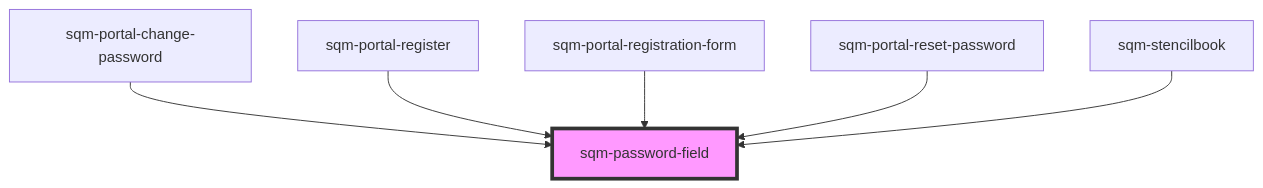
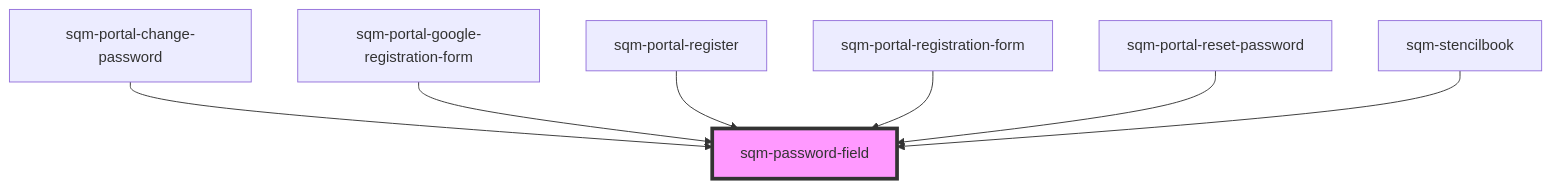
Before and after one commit to saasquatch/program-tools: the diagram in packages/mint-components/src/components/sqm-password-field/readme.md, drawn with Mermaid. The commit also changed other lines of this file and 15 other files, not shown here.

Commit message:
reuse main registration form code for google sign in flow

````diff
--- a/packages/mint-components/src/components/sqm-password-field/readme.md
+++ b/packages/mint-components/src/components/sqm-password-field/readme.md
@@ -34,9 +35,10 @@
 ```mermaid
 graph TD;
   sqm-portal-change-password --> sqm-password-field
+  sqm-portal-google-registration-form --> sqm-password-field
   sqm-portal-register --> sqm-password-field
   sqm-portal-registration-form --> sqm-password-field
   sqm-portal-reset-password --> sqm-password-field
   sqm-stencilbook --> sqm-password-field
   style sqm-password-field fill:#f9f,stroke:#333,stroke-width:4px
 ```
````
